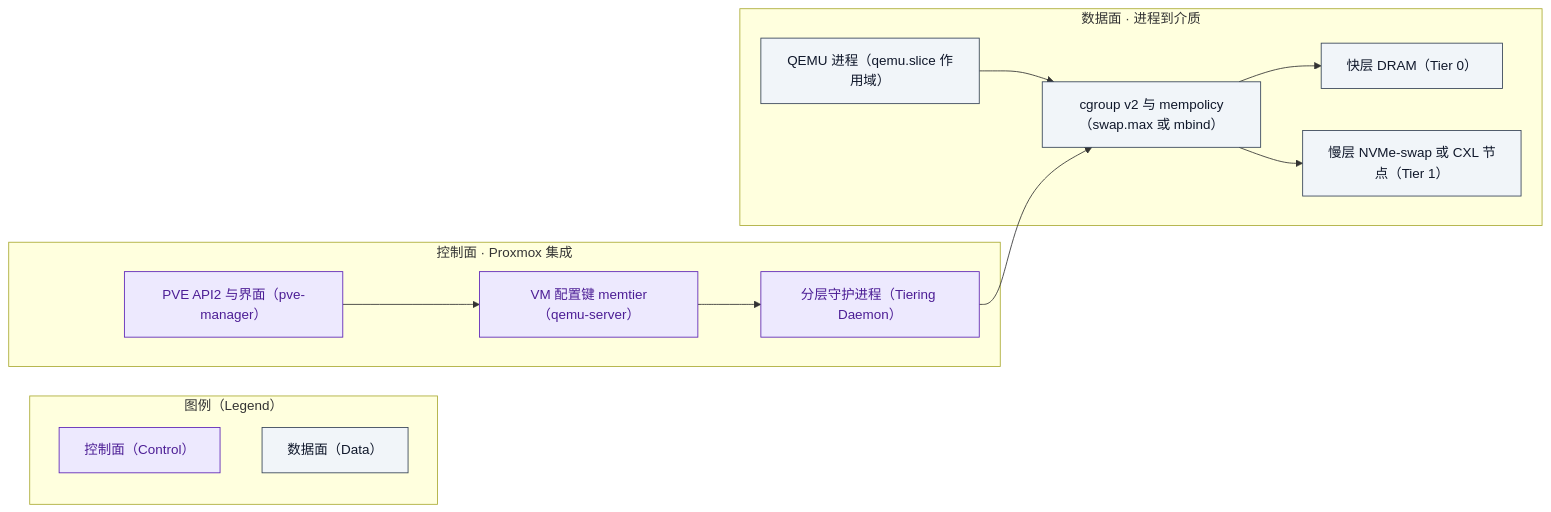
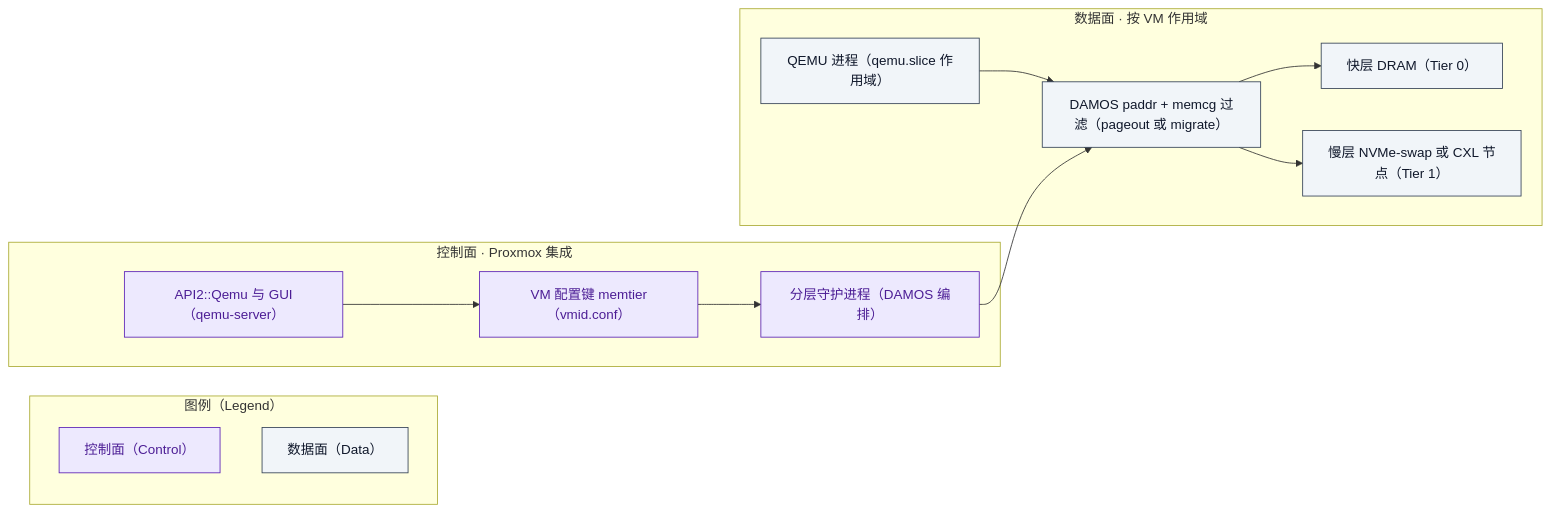
One commit to turtacn/storm changed the second of 2 diagrams in docs/harness-sop/examples/memory-tiring-p2v/report.md. Above: the diagram before and after it, drawn with Mermaid. The commit also changed other lines of this file and 10 other files, not shown here.

````diff
--- a/docs/harness-sop/examples/memory-tiring-p2v/report.md
+++ b/docs/harness-sop/examples/memory-tiring-p2v/report.md
@@ -230,27 +175,27 @@
 ```mermaid
 graph LR
-    %% 每 VM 策略如何落到进程与介质
+    %% 按 VM 分层策略如何落到进程与介质
     subgraph LG[图例（Legend）]
         LC[控制面（Control）]:::ctlCls
         LD[数据面（Data）]:::datCls
     end
     subgraph CTRL[控制面 · Proxmox 集成]
-        A1[PVE API2 与界面（pve-manager）]:::ctlCls
-        A2[VM 配置键 memtier（qemu-server）]:::ctlCls
-        A3[分层守护进程（Tiering Daemon）]:::ctlCls
+        A1[API2::Qemu 与 GUI（qemu-server）]:::ctlCls
+        A2[VM 配置键 memtier（vmid.conf）]:::ctlCls
+        A3[分层守护进程（DAMOS 编排）]:::ctlCls
         A1 --> A2
         A2 --> A3
     end
-    subgraph DATA[数据面 · 进程到介质]
+    subgraph DATA[数据面 · 按 VM 作用域]
         Q1[QEMU 进程（qemu.slice 作用域）]:::datCls
-        Q2[cgroup v2 与 mempolicy（swap.max 或 mbind）]:::datCls
+        Q2[DAMOS paddr + memcg 过滤（pageout 或 migrate）]:::datCls
         Q3[快层 DRAM（Tier 0）]:::datCls
         Q4[慢层 NVMe-swap 或 CXL 节点（Tier 1）]:::datCls
         Q1 --> Q2
         Q2 --> Q3
         Q2 --> Q4
     end
     A3 --> Q2
     classDef ctlCls fill:#ede9fe,stroke:#5b21b6,color:#4c1d95;
     classDef datCls fill:#f1f5f9,stroke:#334155,color:#0f172a;
 ```
````
